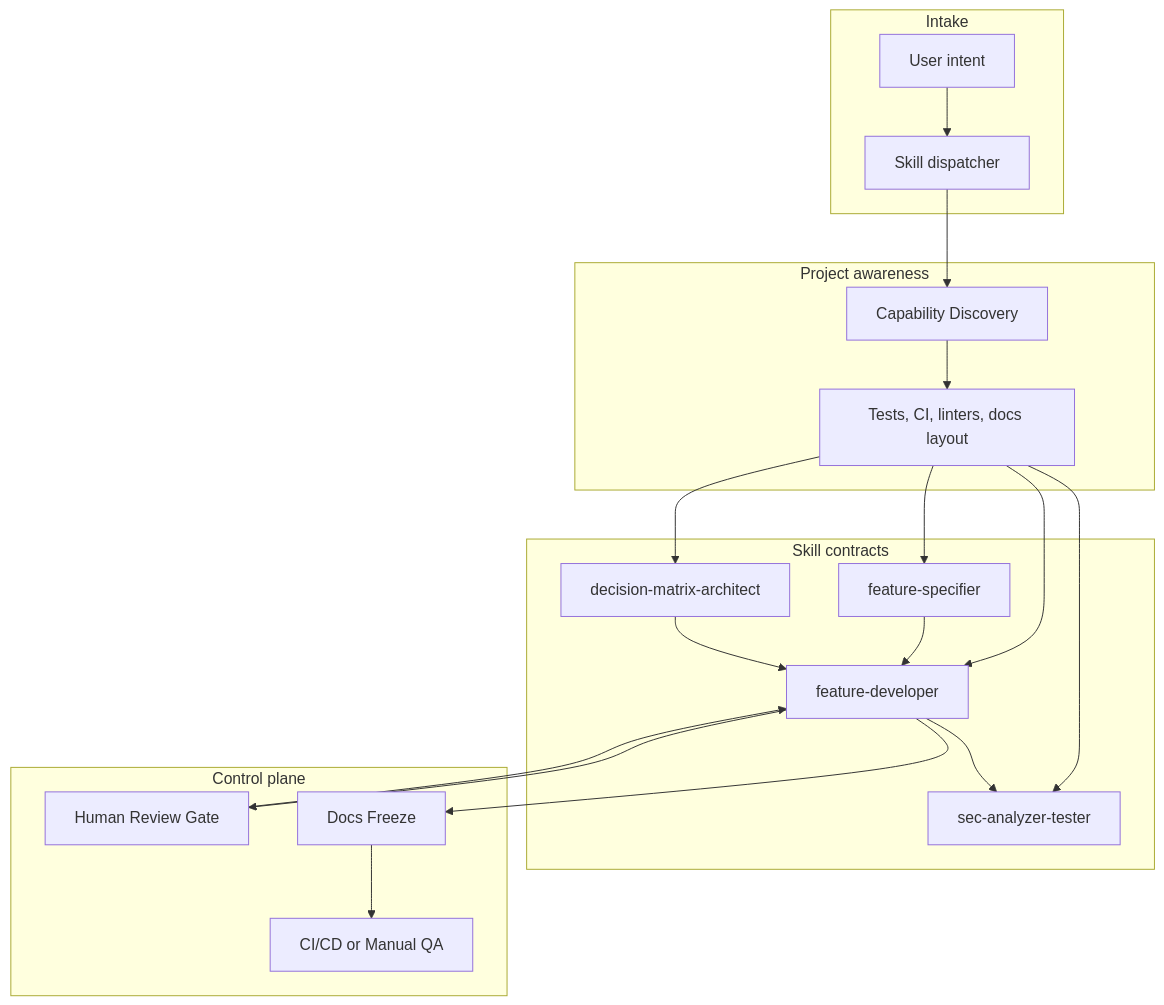
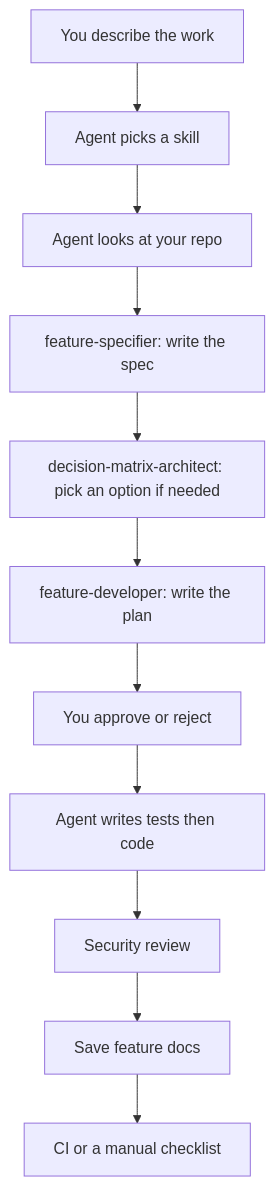
Before and after one commit to lucas-winter-berlin/Agent-Engineer-Skills: the diagram in README.md, drawn with Mermaid. The commit also changed other lines of this file and 3 other files, not shown here.

````diff
--- a/README.md
+++ b/README.md
@@ -21,40 +73,13 @@
 ```mermaid
-flowchart TB
-  subgraph intake [Intake]
-    Intent[User intent]
-    Dispatch[Skill dispatcher]
-  end
-
-  subgraph discover [Project awareness]
-    Cap[Capability Discovery]
-    Toolchain[Tests, CI, linters, docs layout]
-  end
-
-  subgraph skills [Skill contracts]
-    Spec[feature-specifier]
-    Matrix[decision-matrix-architect]
-    Dev[feature-developer]
-    Sec[sec-analyzer-tester]
-  end
-
-  subgraph gates [Control plane]
-    HITL[Human Review Gate]
-    Freeze[Docs Freeze]
-    Verify[CI/CD or Manual QA]
-  end
-
-  Intent --> Dispatch
-  Dispatch --> Cap
-  Cap --> Toolchain
-  Toolchain --> Spec
-  Toolchain --> Matrix
-  Toolchain --> Dev
-  Toolchain --> Sec
-  Spec --> Dev
-  Matrix --> Dev
-  Dev --> HITL
-  HITL --> Dev
-  Dev --> Sec
-  Dev --> Freeze
-  Freeze --> Verify
+flowchart TD
+  you[You describe the work] --> pick[Agent picks a skill]
+  pick --> look[Agent looks at your repo]
+  look --> spec[feature-specifier: write the spec]
+  spec --> decide[decision-matrix-architect: pick an option if needed]
+  decide --> plan[feature-developer: write the plan]
+  plan --> wait[You approve or reject]
+  wait --> code[Agent writes tests then code]
+  code --> sec[Security review]
+  sec --> docs[Save feature docs]
+  docs --> check[CI or a manual checklist]
 ```
````
